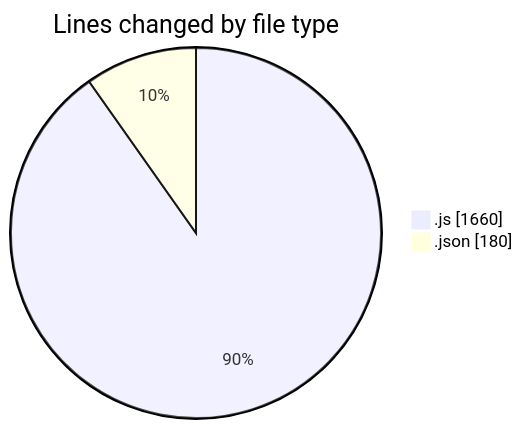
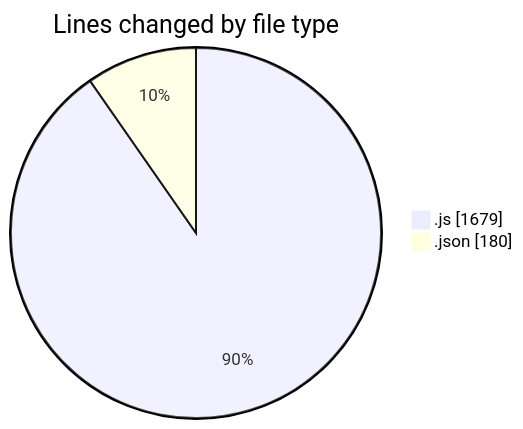
One commit to Ritupan-Deka/code-tracking changed the first of 2 diagrams in 2025-08-03/javascript/README.md. Above: the diagram before and after it, drawn with Mermaid. The commit also changed other lines of this file and 1 other file, not shown here.

````diff
--- a/2025-08-03/javascript/README.md
+++ b/2025-08-03/javascript/README.md
@@ -22,6 +22,6 @@
 ```mermaid
 pie showData
 title Lines changed by file type
-".js" : 1660
+".js" : 1679
 ".json" : 180
 ```
````
